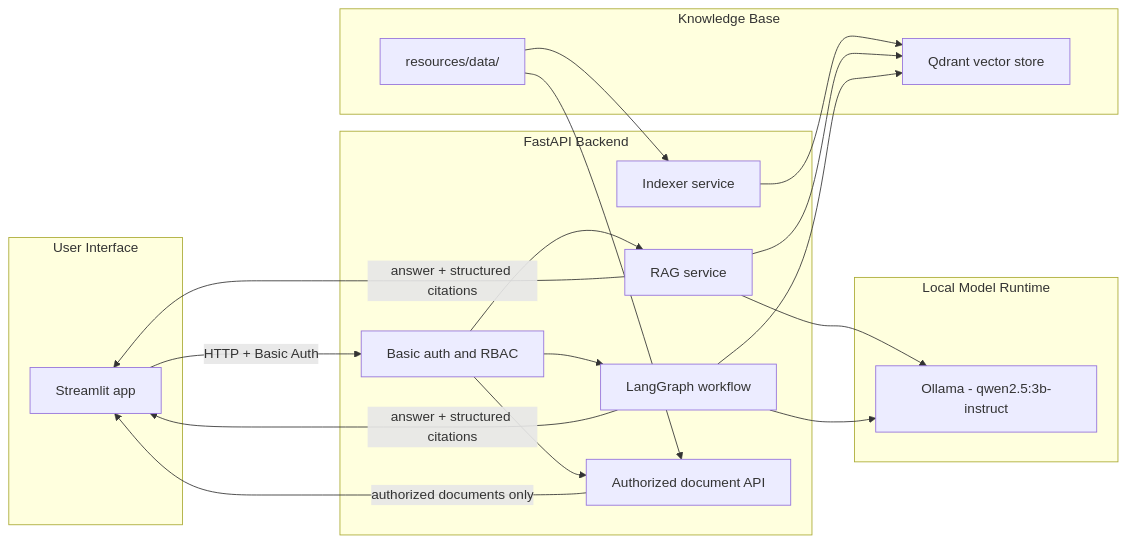
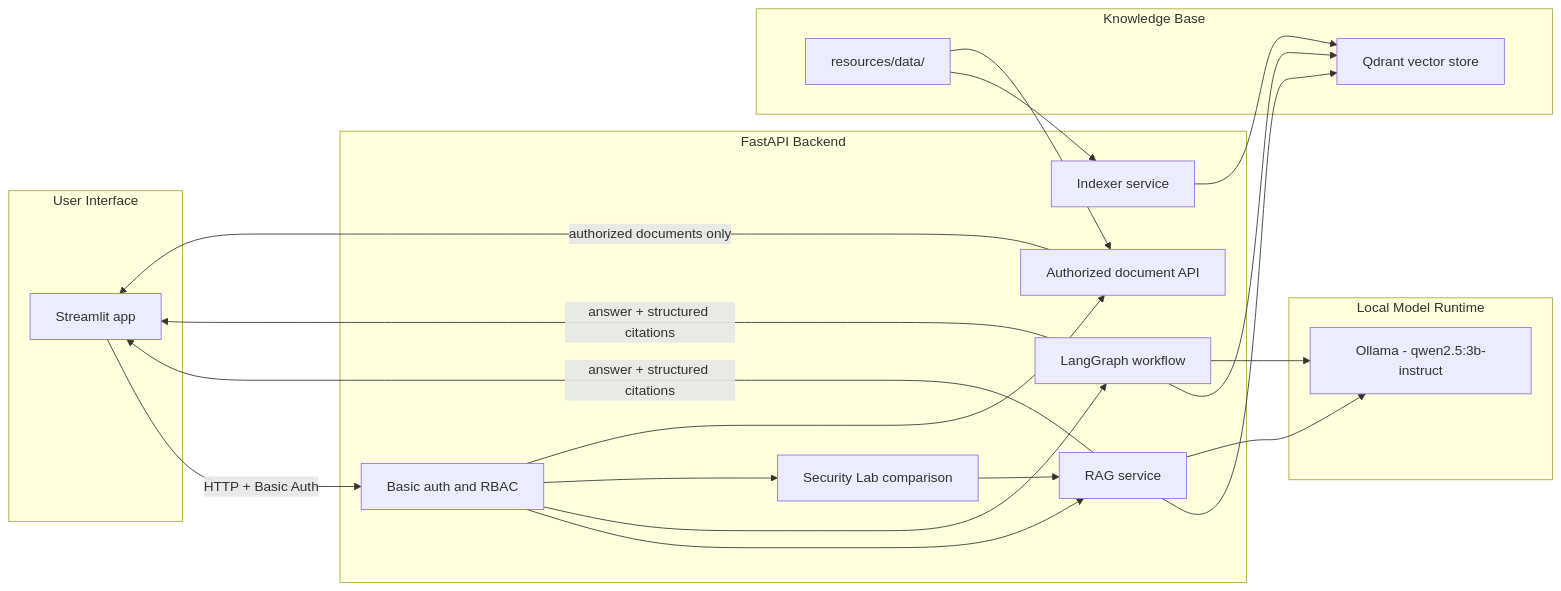
One commit to oosei25/rbac-rag-assistant-demo changed the diagram in README.md. Above: the diagram before and after it, drawn with Mermaid. The commit also changed other lines of this file and 14 other files, not shown here.

````diff
--- a/README.md
+++ b/README.md
@@ -24,38 +27,41 @@
 ```mermaid
 flowchart LR
   subgraph UI["User Interface"]
     Streamlit["Streamlit app"]
   end
 
   subgraph API["FastAPI Backend"]
     Auth["Basic auth and RBAC"]
     Rag["RAG service"]
     Graph["LangGraph workflow"]
+    Lab["Security Lab comparison"]
     Indexer["Indexer service"]
     Explorer["Authorized document API"]
   end
 
   subgraph Data["Knowledge Base"]
     Docs["resources/data/<department>"]
     Qdrant["Qdrant vector store"]
   end
 
   subgraph LLM["Local Model Runtime"]
     Ollama["Ollama - qwen2.5:3b-instruct"]
   end
 
   Streamlit -->|"HTTP + Basic Auth"| Auth
   Auth --> Rag
   Auth --> Graph
+  Auth --> Lab
   Auth --> Explorer
   Docs --> Indexer
   Docs --> Explorer
   Indexer --> Qdrant
   Rag --> Qdrant
   Graph --> Qdrant
+  Lab --> Rag
   Rag --> Ollama
   Graph --> Ollama
   Rag -->|"answer + structured citations"| Streamlit
   Graph -->|"answer + structured citations"| Streamlit
   Explorer -->|"authorized documents only"| Streamlit
 ```
````
